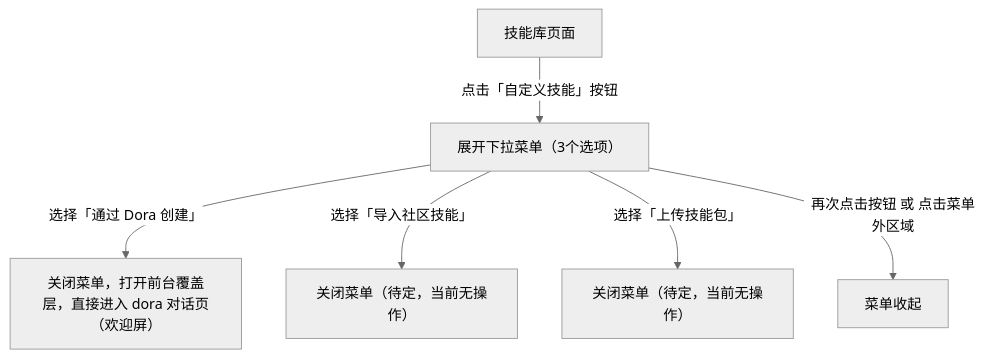
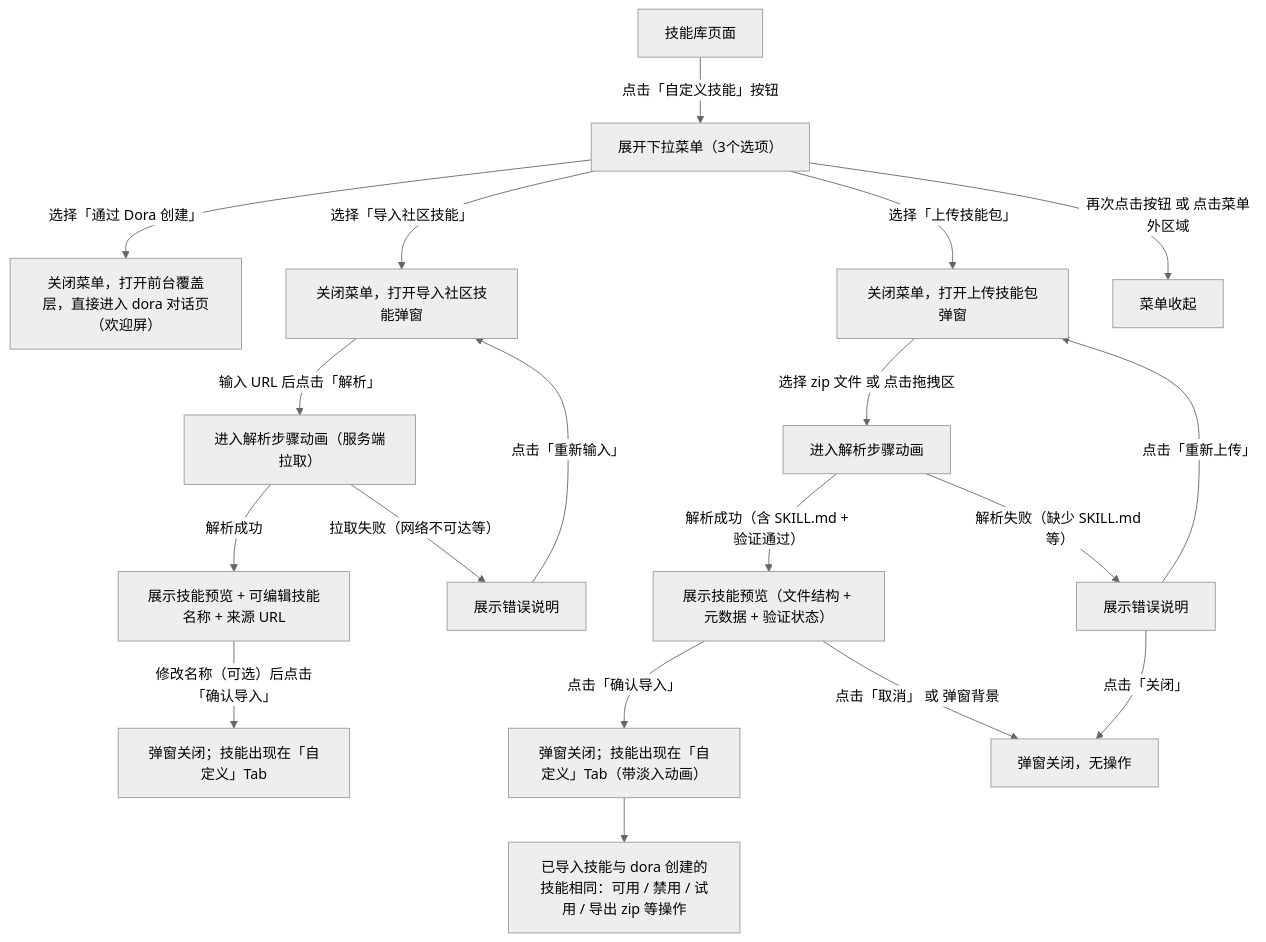
One commit to zui-luo/dorauxdemo changed the fourth of 8 diagrams in custom-skill-entry/interaction-spec.md. Above: the diagram before and after it, drawn with Mermaid (neutral theme). The commit also changed other lines of this file and 6 other files, not shown here.

````diff
--- a/custom-skill-entry/interaction-spec.md
+++ b/custom-skill-entry/interaction-spec.md
@@ -24,8 +87,21 @@
 ```mermaid
 flowchart TD
     A["技能库页面"] -->|点击「自定义技能」按钮| B["展开下拉菜单（3个选项）"]
     B -->|选择「通过 Dora 创建」| C["关闭菜单，打开前台覆盖层，直接进入 dora 对话页（欢迎屏）"]
-    B -->|选择「导入社区技能」| D["关闭菜单（待定，当前无操作）"]
-    B -->|选择「上传技能包」| E["关闭菜单（待定，当前无操作）"]
-    B -->|再次点击按钮 或 点击菜单外区域| F["菜单收起"]
+    B -->|选择「导入社区技能」| DA["关闭菜单，打开导入社区技能弹窗"]
+    DA -->|输入 URL 后点击「解析」| DB["进入解析步骤动画（服务端拉取）"]
+    DB -->|解析成功| DC["展示技能预览 + 可编辑技能名称 + 来源 URL"]
+    DB -->|拉取失败（网络不可达等）| DD["展示错误说明"]
+    DC -->|修改名称（可选）后点击「确认导入」| DE["弹窗关闭；技能出现在「自定义」Tab"]
+    DD -->|点击「重新输入」| DA
+    B -->|选择「上传技能包」| E["关闭菜单，打开上传技能包弹窗"]
+    E -->|选择 zip 文件 或 点击拖拽区| F["进入解析步骤动画"]
+    F -->|解析成功（含 SKILL.md + 验证通过）| G["展示技能预览（文件结构 + 元数据 + 验证状态）"]
+    F -->|解析失败（缺少 SKILL.md 等）| H["展示错误说明"]
+    G -->|点击「确认导入」| I["弹窗关闭；技能出现在「自定义」Tab（带淡入动画）"]
+    G -->|点击「取消」 或 弹窗背景| J["弹窗关闭，无操作"]
+    H -->|点击「重新上传」| E
+    H -->|点击「关闭」| J
+    I --> K["已导入技能与 dora 创建的技能相同：可用 / 禁用 / 试用 / 导出 zip 等操作"]
+    B -->|再次点击按钮 或 点击菜单外区域| L["菜单收起"]
 ```
````
